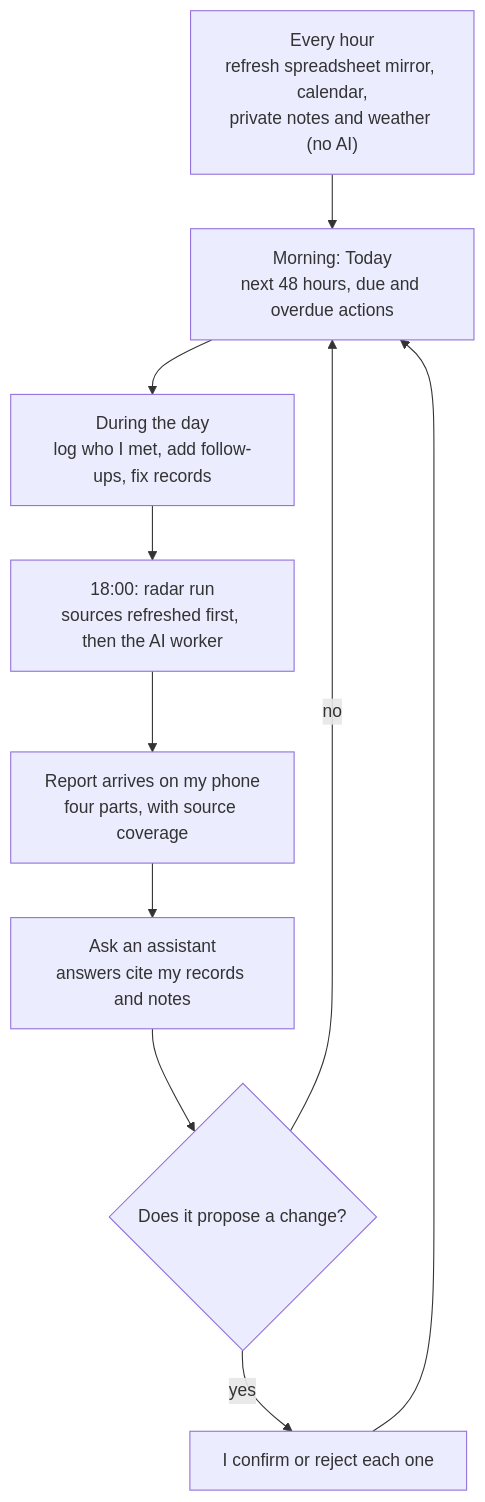
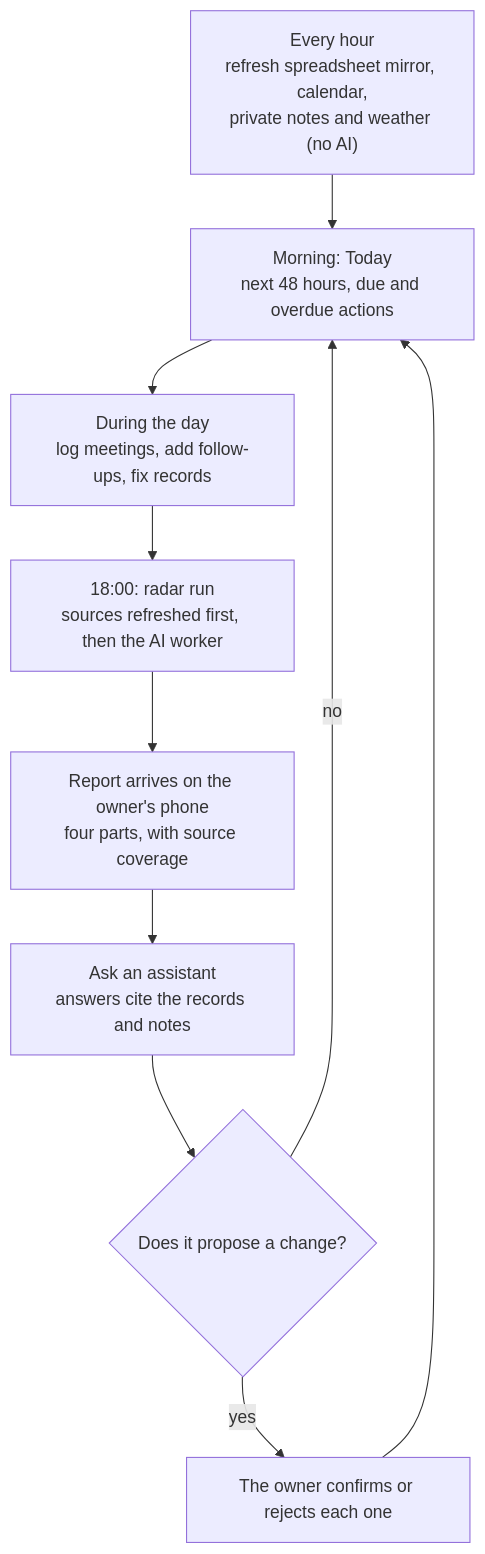
One commit to Zeeekrom/lifeops-atlas-showcase changed the first of 2 diagrams in README.md. Above: the diagram before and after it, drawn with Mermaid. The commit also changed other lines of this file and 5 other files, not shown here.

````diff
--- a/README.md
+++ b/README.md
@@ -79,12 +96,12 @@
 ```mermaid
 flowchart TD
     H["Every hour<br/>refresh spreadsheet mirror, calendar,<br/>private notes and weather (no AI)"] --> T["Morning: Today<br/>next 48 hours, due and overdue actions"]
-    T --> M["During the day<br/>log who I met, add follow-ups, fix records"]
+    T --> M["During the day<br/>log meetings, add follow-ups, fix records"]
     M --> R["18:00: radar run<br/>sources refreshed first, then the AI worker"]
-    R --> P["Report arrives on my phone<br/>four parts, with source coverage"]
-    P --> C["Ask an assistant<br/>answers cite my records and notes"]
+    R --> P["Report arrives on the owner's phone<br/>four parts, with source coverage"]
+    P --> C["Ask an assistant<br/>answers cite the records and notes"]
     C --> K{"Does it propose a change?"}
-    K -- "yes" --> A["I confirm or reject each one"]
+    K -- "yes" --> A["The owner confirms or rejects each one"]
     K -- "no" --> T
     A --> T
 ```
````
